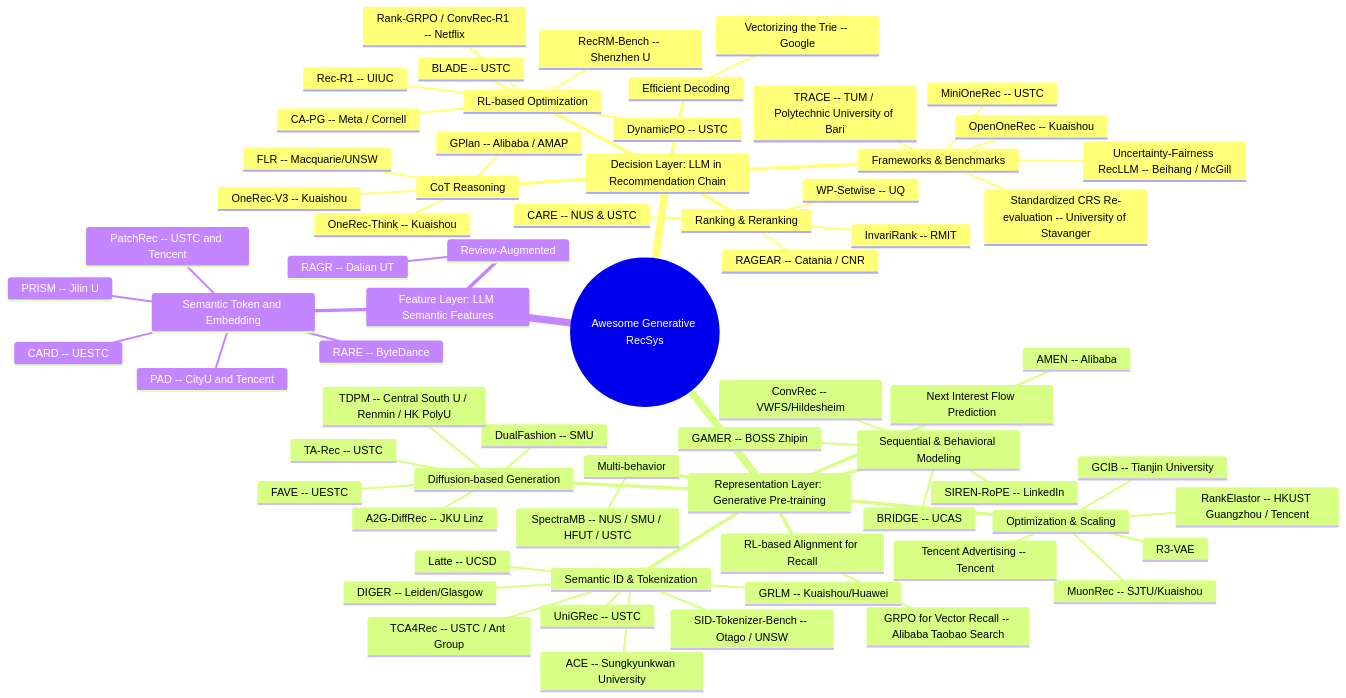
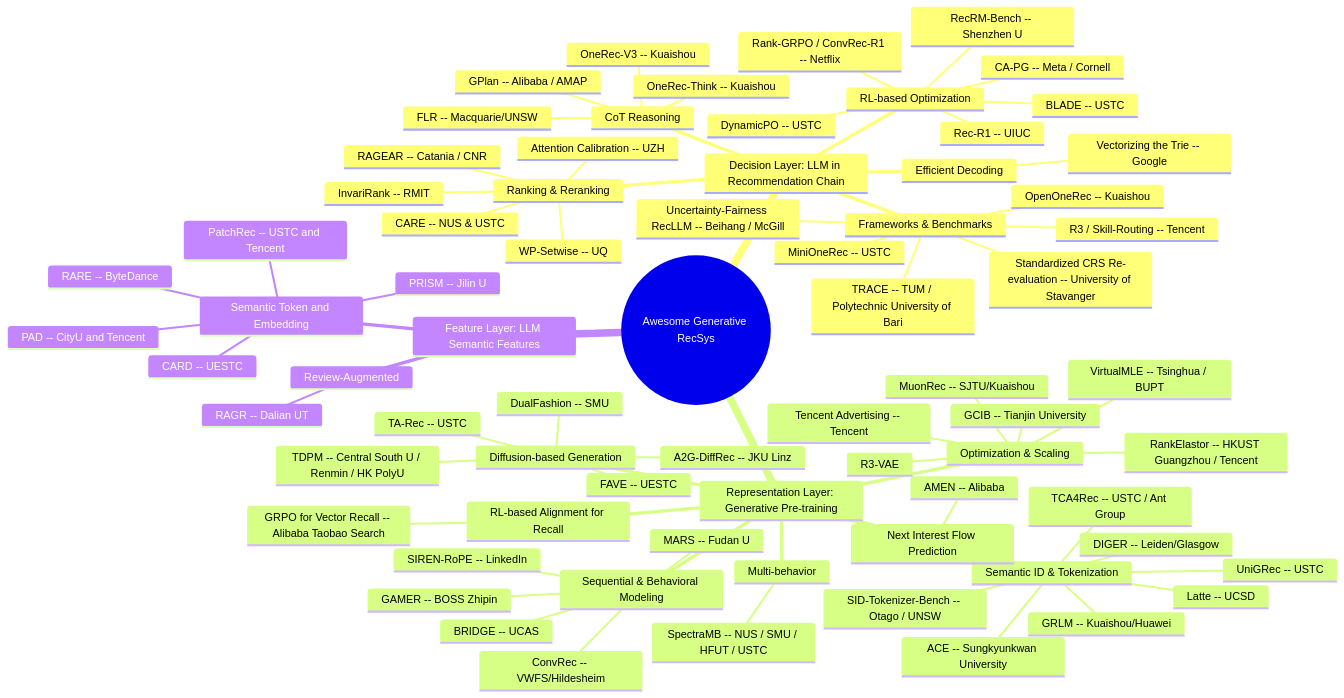
The diagram in README.md (HaFred/awesome-generative-recsys), drawn with Mermaid before and after one commit. The commit also changed other lines of this file, not shown here.

Commit message:
feat: 10 papers June 3 (Taiji Kuaishou POPO, MARS Fudan, VirtualMLE Tsinghua, HyRAG KDD2026, BAHSD CAS, R3 Tencent, Attention Calibration UZH, LLM Reranking UCLA/UPenn)

````diff
--- a/README.md
+++ b/README.md
@@ -6,71 +6,75 @@
 ```mermaid
 mindmap
   root((Awesome Generative RecSys))
     Decision Layer: LLM in Recommendation Chain
       CoT Reasoning
         OneRec-Think -- Kuaishou
         OneRec-V3 -- Kuaishou
         GPlan -- Alibaba / AMAP
         FLR -- Macquarie/UNSW
       RL-based Optimization
         Rank-GRPO / ConvRec-R1 -- Netflix
         Rec-R1 -- UIUC
         DynamicPO -- USTC
         RecRM-Bench -- Shenzhen U
         BLADE -- USTC
         CA-PG -- Meta / Cornell
       Ranking & Reranking
         CARE -- NUS & USTC
         InvariRank -- RMIT
         RAGEAR -- Catania / CNR
         WP-Setwise -- UQ
+        Attention Calibration -- UZH
       Frameworks & Benchmarks
         TRACE -- TUM / Polytechnic University of Bari
         Uncertainty-Fairness RecLLM -- Beihang / McGill
         Standardized CRS Re-evaluation -- University of Stavanger
+        R3 / Skill-Routing -- Tencent
         OpenOneRec -- Kuaishou
         MiniOneRec -- USTC
       Efficient Decoding
         Vectorizing the Trie -- Google
     Representation Layer: Generative Pre-training
       Semantic ID & Tokenization
         TCA4Rec -- USTC / Ant Group
         Latte -- UCSD
         DIGER -- Leiden/Glasgow
         UniGRec -- USTC
         GRLM -- Kuaishou/Huawei
         SID-Tokenizer-Bench -- Otago / UNSW
         ACE -- Sungkyunkwan University
       Next Interest Flow Prediction
         AMEN -- Alibaba
       RL-based Alignment for Recall
         GRPO for Vector Recall -- Alibaba Taobao Search
       Diffusion-based Generation
         A2G-DiffRec -- JKU Linz
         TA-Rec -- USTC
         DualFashion -- SMU
         FAVE -- UESTC
         TDPM -- Central South U / Renmin / HK PolyU
       Sequential & Behavioral Modeling
         GAMER -- BOSS Zhipin
         SIREN-RoPE -- LinkedIn
         ConvRec -- VWFS/Hildesheim
         BRIDGE -- UCAS
+        MARS -- Fudan U
       Multi-behavior
         SpectraMB -- NUS / SMU / HFUT / USTC
       Optimization & Scaling
         MuonRec -- SJTU/Kuaishou
         R3-VAE
         Tencent Advertising -- Tencent
         RankElastor -- HKUST Guangzhou / Tencent
         GCIB -- Tianjin University
+        VirtualMLE -- Tsinghua / BUPT
     Feature Layer: LLM Semantic Features
       Semantic Token and Embedding
         PatchRec -- USTC and Tencent
         PAD -- CityU and Tencent
         RARE -- ByteDance
         CARD -- UESTC
         PRISM -- Jilin U
       Review-Augmented
         RAGR -- Dalian UT
 ```
````
